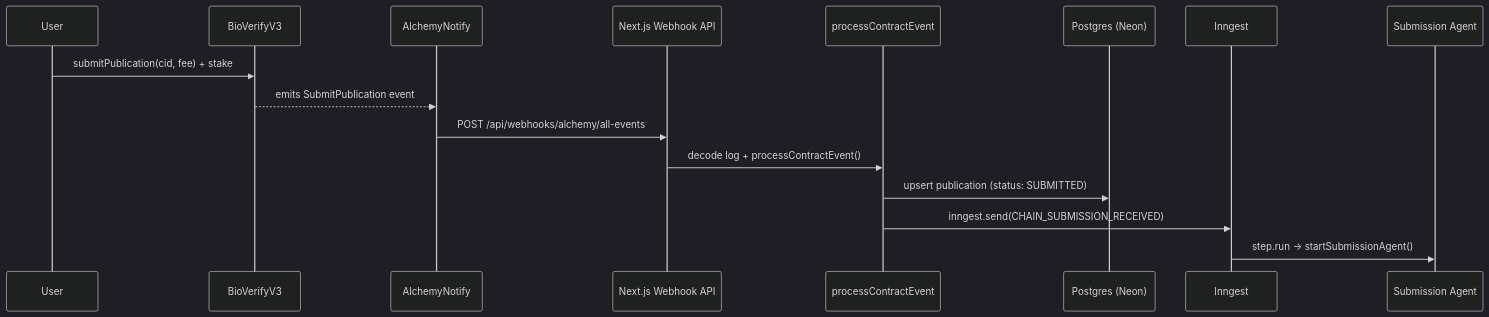
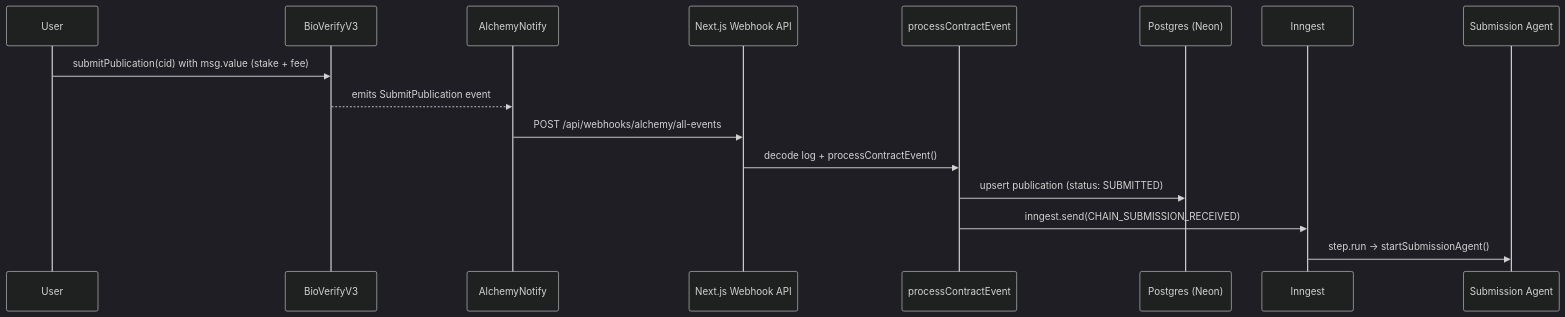
Before and after one commit to SiegfriedBz/BioVerify_Agentic_DApp: the first of 3 diagrams in packages/agents/graphs/submission/README.md, drawn with Mermaid (dark theme). The commit also changed other lines of this file and 2 other files, not shown here.

Commit message:
chore(docs): update READMEs

````diff
--- a/packages/agents/graphs/submission/README.md
+++ b/packages/agents/graphs/submission/README.md
@@ -9,19 +9,19 @@
 ```mermaid
 sequenceDiagram
     participant User
     participant BioVerifyV3
     participant AlchemyNotify
     participant NextAPI as Next.js Webhook API
     participant CQRS as processContractEvent
     participant DB as Postgres (Neon)
     participant Inngest
     participant Agent as Submission Agent
 
-    User->>BioVerifyV3: submitPublication(cid, fee) + stake
+    User->>BioVerifyV3: submitPublication(cid) with msg.value (stake + fee)
     BioVerifyV3-->>AlchemyNotify: emits SubmitPublication event
     AlchemyNotify->>NextAPI: POST /api/webhooks/alchemy/all-events
     NextAPI->>CQRS: decode log + processContractEvent()
     CQRS->>DB: upsert publication (status: SUBMITTED)
     CQRS->>Inngest: inngest.send(CHAIN_SUBMISSION_RECEIVED)
     Inngest->>Agent: step.run -> startSubmissionAgent()
 ```
````
